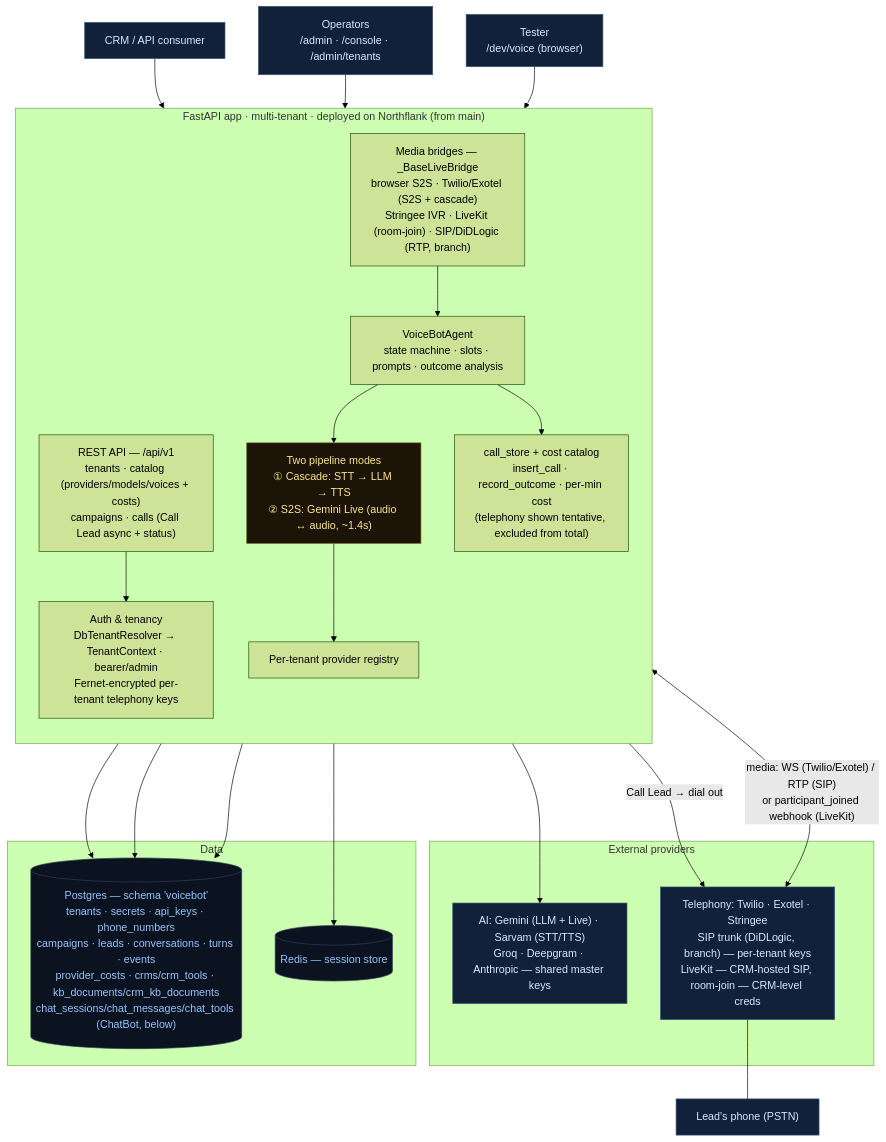
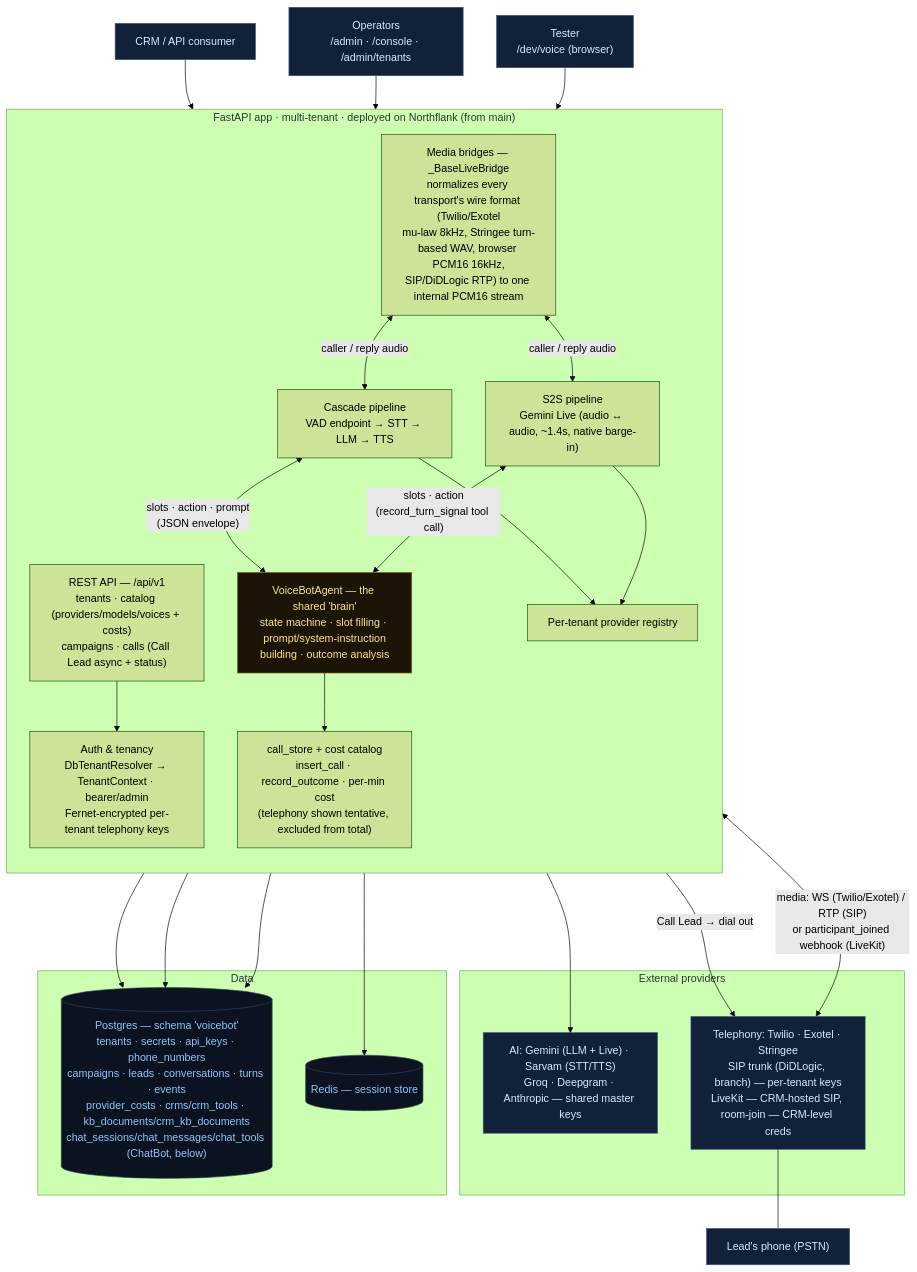
The first of 3 diagrams in docs/ARCHITECTURE.md (insidebeehive/indic_voice_and_chat), drawn with Mermaid (forest theme) before and after one commit. The commit also changed other lines of this file, not shown here.

First line of the commit message:
docs: show the shared voice brain and the shared VoiceBot/ChatBot KB

````diff
--- a/docs/ARCHITECTURE.md
+++ b/docs/ARCHITECTURE.md
@@ -12,49 +12,53 @@
 ```mermaid
 flowchart TB
   classDef ext   fill:#11213a,stroke:#3b5374,color:#dbe7ff;
   classDef store fill:#0b1220,stroke:#334155,color:#93c5fd;
   classDef note  fill:#1c1407,stroke:#7c5e1e,color:#fde68a;
 
   CRM["CRM / API consumer"]:::ext
   OPS["Operators<br/>/admin · /console · /admin/tenants"]:::ext
   TESTER["Tester<br/>/dev/voice (browser)"]:::ext
   PSTN["Lead's phone (PSTN)"]:::ext
 
   subgraph APP["FastAPI app · multi-tenant · deployed on Northflank (from main)"]
     direction TB
     API["REST API — /api/v1<br/>tenants · catalog (providers/models/voices + costs)<br/>campaigns · calls (Call Lead async + status)"]
     AUTH["Auth &amp; tenancy<br/>DbTenantResolver → TenantContext · bearer/admin<br/>Fernet-encrypted per-tenant telephony keys"]
-    BRIDGE["Media bridges — _BaseLiveBridge<br/>browser S2S · Twilio/Exotel (S2S + cascade)<br/>Stringee IVR · LiveKit (room-join) · SIP/DiDLogic (RTP, branch)"]
-    AGENT["VoiceBotAgent<br/>state machine · slots · prompts · outcome analysis"]
-    MODES["Two pipeline modes<br/>① Cascade: STT → LLM → TTS<br/>② S2S: Gemini Live (audio ↔ audio, ~1.4s)"]:::note
+    BRIDGE["Media bridges — _BaseLiveBridge<br/>normalizes every transport's wire format (Twilio/Exotel<br/>mu-law 8kHz, Stringee turn-based WAV, browser PCM16 16kHz,<br/>SIP/DiDLogic RTP) to one internal PCM16 stream"]
+    AGENT["VoiceBotAgent — the shared 'brain'<br/>state machine · slot filling · prompt/system-instruction<br/>building · outcome analysis"]:::note
+    CASCADE["Cascade pipeline<br/>VAD endpoint → STT → LLM → TTS"]
+    S2S["S2S pipeline<br/>Gemini Live (audio ↔ audio, ~1.4s, native barge-in)"]
     REG["Per-tenant provider registry"]
     COST["call_store + cost catalog<br/>insert_call · record_outcome · per-min cost<br/>(telephony shown tentative, excluded from total)"]
   end
 
   subgraph PROV["External providers"]
     AI["AI: Gemini (LLM + Live) · Sarvam (STT/TTS)<br/>Groq · Deepgram · Anthropic — shared master keys"]:::ext
     TEL["Telephony: Twilio · Exotel · Stringee<br/>SIP trunk (DiDLogic, branch) — per-tenant keys<br/>LiveKit — CRM-hosted SIP, room-join — CRM-level creds"]:::ext
   end
 
   subgraph DATA["Data"]
     PG[("Postgres — schema 'voicebot'<br/>tenants · secrets · api_keys · phone_numbers<br/>campaigns · leads · conversations · turns · events<br/>provider_costs · crms/crm_tools · kb_documents/crm_kb_documents<br/>chat_sessions/chat_messages/chat_tools (ChatBot, below)")]:::store
     REDIS[("Redis — session store")]:::store
   end
 
   CRM --> API
   OPS --> API
   TESTER --> BRIDGE
   API --> AUTH
   API -->|"Call Lead → dial out"| TEL
   TEL <-->|"media: WS (Twilio/Exotel) / RTP (SIP)<br/>or participant_joined webhook (LiveKit)"| BRIDGE
   TEL --- PSTN
-  BRIDGE --> AGENT
-  AGENT --> MODES
-  MODES --> REG
+  BRIDGE <-->|"caller / reply audio"| CASCADE
+  BRIDGE <-->|"caller / reply audio"| S2S
+  CASCADE <-->|"slots · action · prompt<br/>(JSON envelope)"| AGENT
+  S2S <-->|"slots · action<br/>(record_turn_signal tool call)"| AGENT
+  CASCADE --> REG
+  S2S --> REG
   REG --> AI
   AGENT --> COST
   AUTH --> PG
   COST --> PG
   API --> PG
   AGENT --> REDIS
 ```
````
